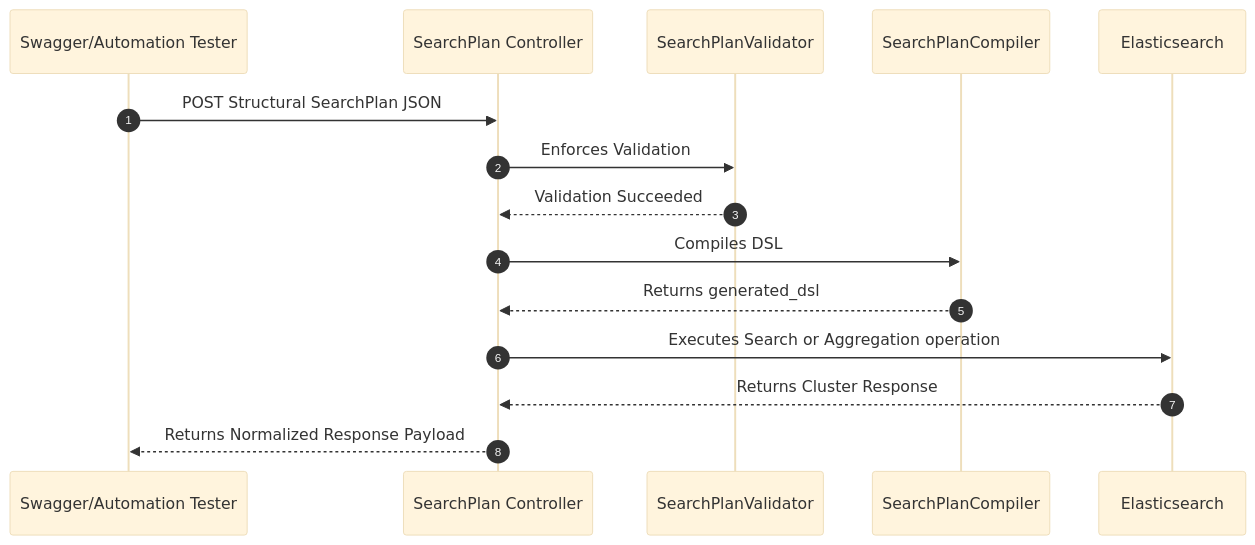
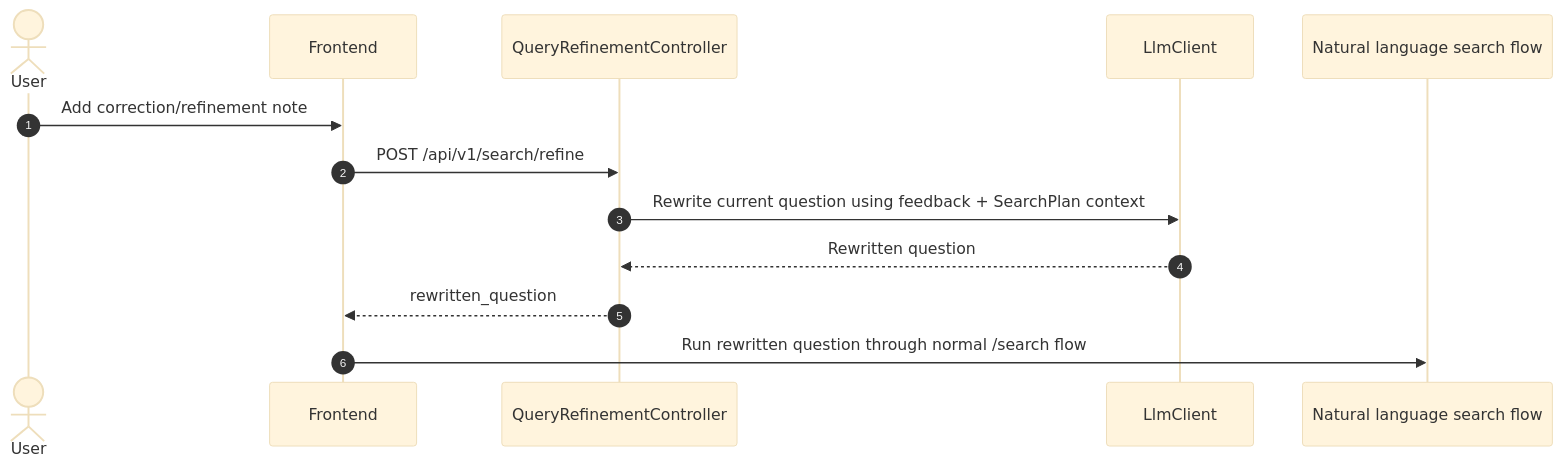
The fifth of 12 diagrams in docs/sequence-flow.md (PhamVanMinhBinhThuan/soc-ai-search), drawn with Mermaid (base theme) before and after one commit. The commit also changed other lines of this file and 8 other files, not shown here.

````diff
--- a/docs/sequence-flow.md
+++ b/docs/sequence-flow.md
@@ -218,18 +127,16 @@
 ```mermaid
 sequenceDiagram
     autonumber
-    participant Client as Swagger/Automation Tester
-    participant API as SearchPlan Controller
-    participant Guard as SearchPlanValidator
-    participant Compiler as SearchPlanCompiler
-    participant ES as Elasticsearch
+    actor User
+    participant FE as Frontend
+    participant API as QueryRefinementController
+    participant LLM as LlmClient
+    participant Search as Natural language search flow
 
-    Client->>API: POST Structural SearchPlan JSON
-    API->>Guard: Enforces Validation
-    Guard-->>API: Validation Succeeded
-    API->>Compiler: Compiles DSL
-    Compiler-->>API: Returns generated_dsl
-    API->>ES: Executes Search or Aggregation operation
-    ES-->>API: Returns Cluster Response
-    API-->>Client: Returns Normalized Response Payload
+    User->>FE: Add correction/refinement note
+    FE->>API: POST /api/v1/search/refine
+    API->>LLM: Rewrite current question using feedback + SearchPlan context
+    LLM-->>API: Rewritten question
+    API-->>FE: rewritten_question
+    FE->>Search: Run rewritten question through normal /search flow
 ```
````
